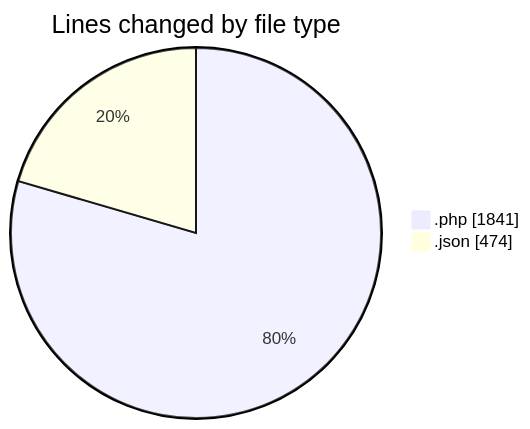
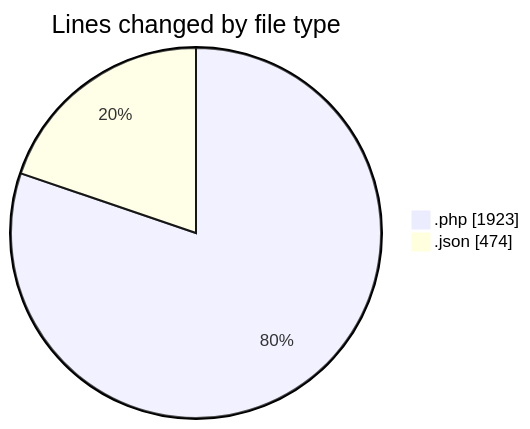
The first of 2 diagrams in 2025-06-16/studio-backend/README.md (idhammustaqopulfikri/code-tracking), drawn with Mermaid before and after one commit. The commit also changed other lines of this file and 1 other file, not shown here.

````diff
--- a/2025-06-16/studio-backend/README.md
+++ b/2025-06-16/studio-backend/README.md
@@ -33,6 +34,6 @@
 ```mermaid
 pie showData
 title Lines changed by file type
-".php" : 1841
+".php" : 1923
 ".json" : 474
 ```
````
